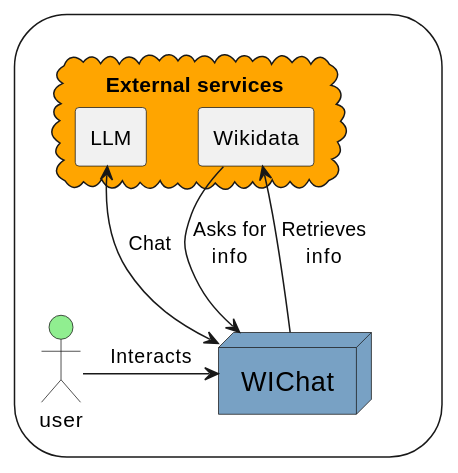
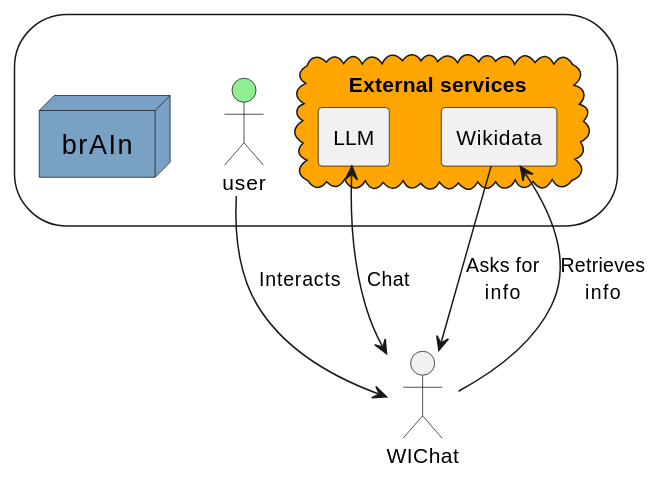
The first of 3 diagrams in docs/src/05_building_block_view.adoc (Arquisoft/wichat_en3b), drawn with PlantUML before and after one commit. The commit also changed other lines of this file, not shown here.

```diff
--- a/docs/src/05_building_block_view.adoc
+++ b/docs/src/05_building_block_view.adoc
@@ -70,26 +70,26 @@
 [plantuml,width=400px,height=300px]
 ----
 @startuml
 
 storage {
   actor user #lightgreen
   cloud "External services" #orange {
       rectangle Wikidata 
       rectangle LLM 
   }
-  node WIChat
+  node brAIn
 }
 
 skinparam node {
   BackgroundColor #78a1c4
   FontSize 18
 }
 
 user -right-> WIChat : Interacts
 
 Wikidata -down-> WIChat : Asks for\ninfo
 WIChat -up-> Wikidata : Retrieves\ninfo
 LLM <-left-> WIChat : Chat
 
 @enduml
 ----
```
